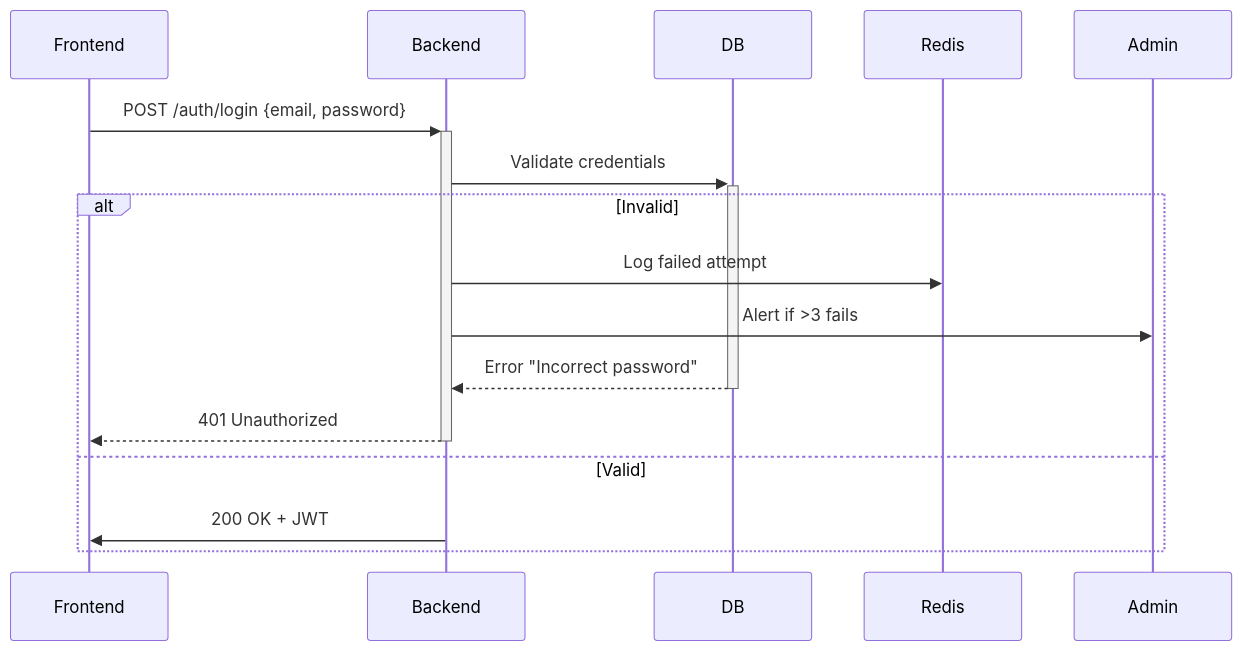
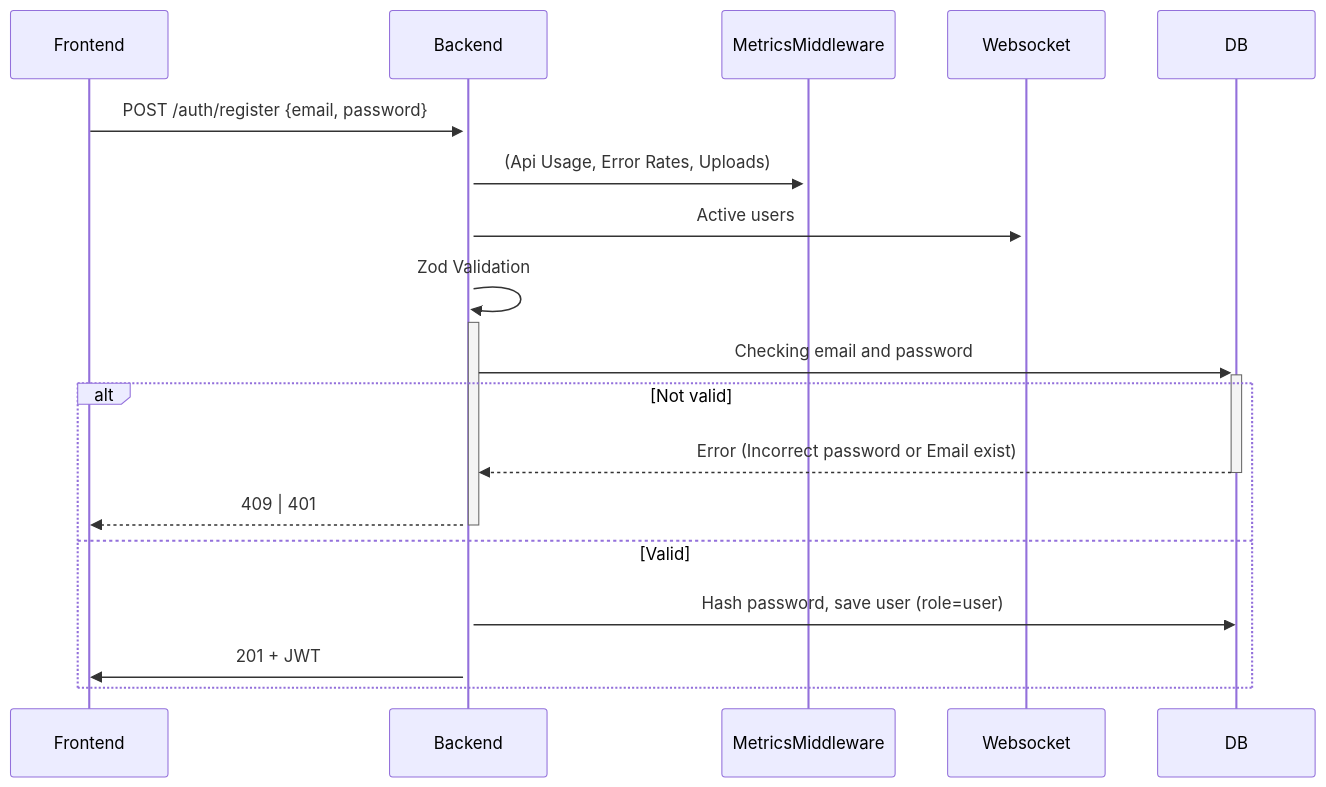
One commit to Xayrulloh/Feedback-Sentiment changed the second of 26 diagrams in README.md. Above: the diagram before and after it, drawn with Mermaid. The commit also changed other lines of this file and 2 other files, not shown here.

````diff
--- a/README.md
+++ b/README.md
@@ -114,13 +134,15 @@
 ```mermaid
 sequenceDiagram
-    Frontend->>+Backend: POST /auth/login {email, password}
-    Backend->>+DB: Validate credentials
-    alt Invalid
-        Backend->>Redis: Log failed attempt
-        Backend->>Admin: Alert if >3 fails
-        DB-->>-Backend: Error "Incorrect password"
-        Backend-->>-Frontend: 401 Unauthorized
+    Frontend->>+Backend: POST /auth/register {email, password}
+    Backend->>+MetricsMiddleware: (Api Usage, Error Rates, Uploads)
+    Backend->>+Websocket: Active users
+    Backend->>+Backend: Zod Validation
+    Backend->>+DB: Checking email and password
+    alt Not valid
+        DB-->>-Backend: Error (Incorrect password or Email exist)
+        Backend-->>-Frontend: 409 | 401
     else Valid
-        Backend->>Frontend: 200 OK + JWT
+        Backend->>DB: Hash password, save user (role=user)
+        Backend->>Frontend: 201 + JWT
     end
 ```
````
